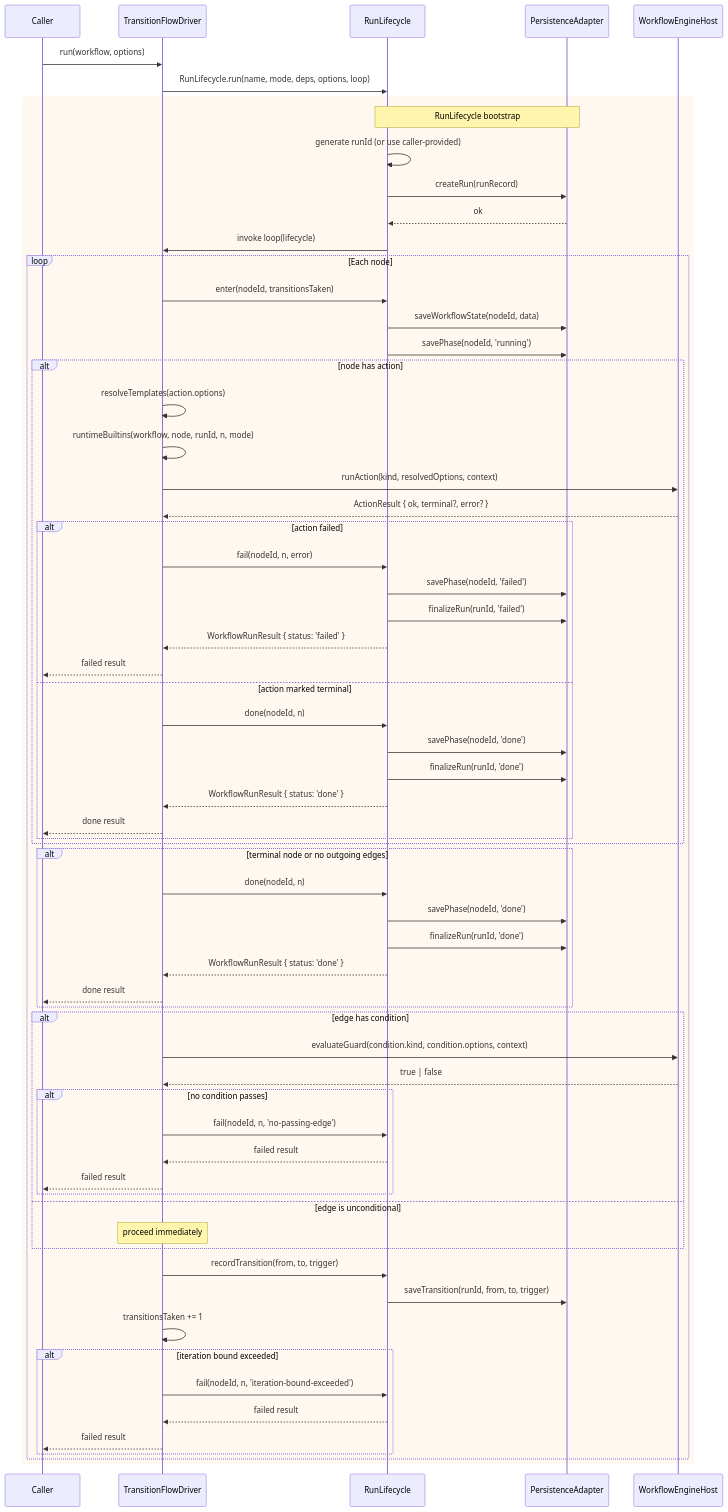
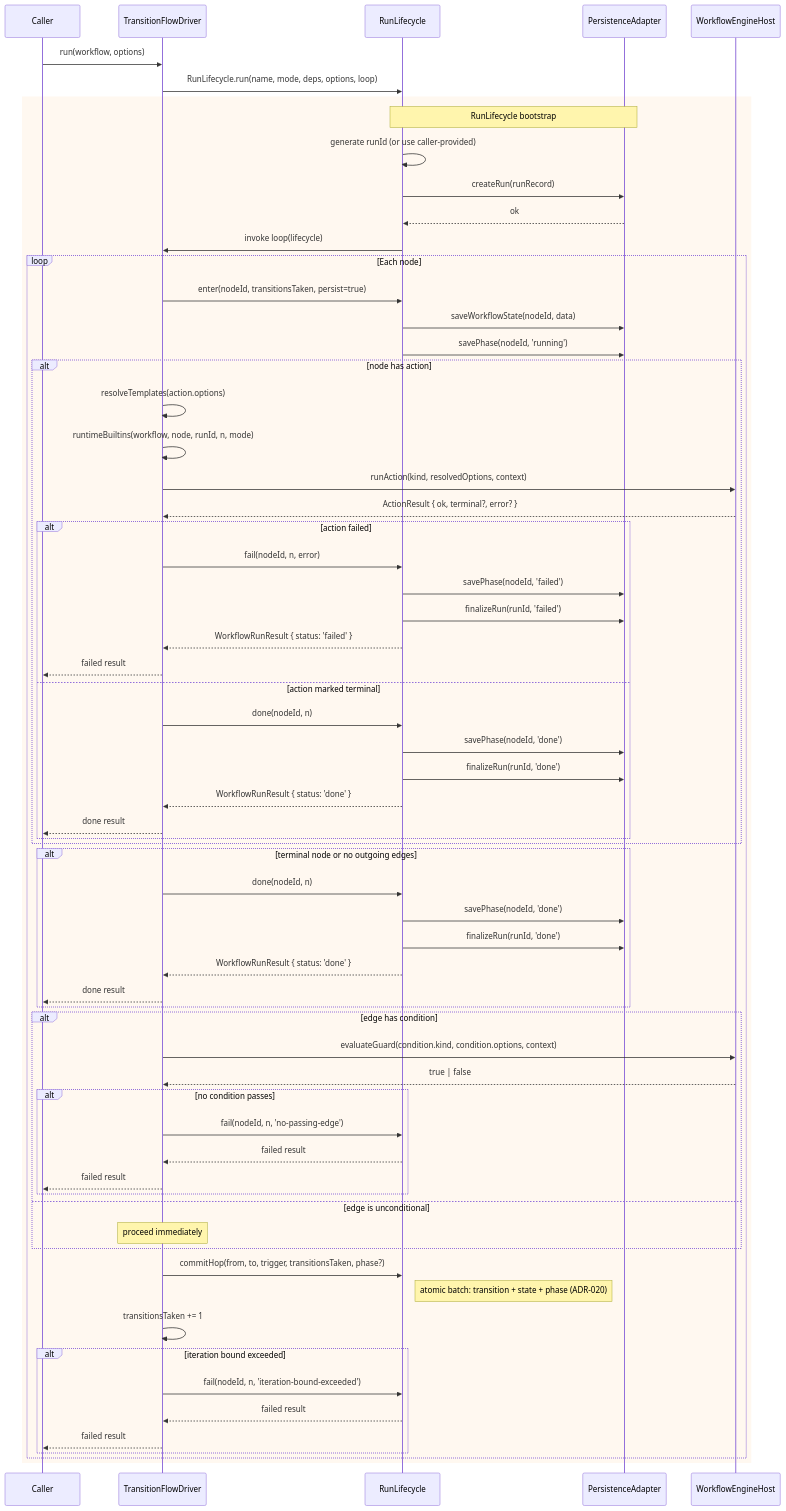
The third of 3 diagrams in packages/dual-workflow-engine/README.md (gobing-ai/ts-libs), drawn with Mermaid before and after one commit. The commit also changed other lines of this file and 28 other files, not shown here.

First line of the commit message:
feat: atomic workflow commit, streaming JSONL importer, symlink-safe extension confinement

````diff
--- a/packages/dual-workflow-engine/README.md
+++ b/packages/dual-workflow-engine/README.md
@@ -293,75 +293,75 @@
 ```mermaid
 sequenceDiagram
     participant Caller
     participant TF as TransitionFlowDriver
     participant RL as RunLifecycle
     participant P as PersistenceAdapter
     participant H as WorkflowEngineHost
 
     Caller->>TF: run(workflow, options)
     TF->>RL: RunLifecycle.run(name, mode, deps, options, loop)
 
     rect rgb(255, 248, 240)
         Note over RL,P: RunLifecycle bootstrap
         RL->>RL: generate runId (or use caller-provided)
         RL->>P: createRun(runRecord)
         P-->>RL: ok
         RL->>TF: invoke loop(lifecycle)
 
         loop Each node
-            TF->>RL: enter(nodeId, transitionsTaken)
+            TF->>RL: enter(nodeId, transitionsTaken, persist=true)
             RL->>P: saveWorkflowState(nodeId, data)
             RL->>P: savePhase(nodeId, 'running')
 
             alt node has action
                 TF->>TF: resolveTemplates(action.options)
                 TF->>TF: runtimeBuiltins(workflow, node, runId, n, mode)
                 TF->>H: runAction(kind, resolvedOptions, context)
                 H-->>TF: ActionResult { ok, terminal?, error? }
                 alt action failed
                     TF->>RL: fail(nodeId, n, error)
                     RL->>P: savePhase(nodeId, 'failed')
                     RL->>P: finalizeRun(runId, 'failed')
                     RL-->>TF: WorkflowRunResult { status: 'failed' }
                     TF-->>Caller: failed result
                 else action marked terminal
                     TF->>RL: done(nodeId, n)
                     RL->>P: savePhase(nodeId, 'done')
                     RL->>P: finalizeRun(runId, 'done')
                     RL-->>TF: WorkflowRunResult { status: 'done' }
                     TF-->>Caller: done result
                 end
             end
 
             alt terminal node or no outgoing edges
                 TF->>RL: done(nodeId, n)
                 RL->>P: savePhase(nodeId, 'done')
                 RL->>P: finalizeRun(runId, 'done')
                 RL-->>TF: WorkflowRunResult { status: 'done' }
                 TF-->>Caller: done result
             end
 
             alt edge has condition
                 TF->>H: evaluateGuard(condition.kind, condition.options, context)
                 H-->>TF: true | false
                 alt no condition passes
                     TF->>RL: fail(nodeId, n, 'no-passing-edge')
                     RL-->>TF: failed result
                     TF-->>Caller: failed result
                 end
             else edge is unconditional
                 Note over TF: proceed immediately
             end
 
-            TF->>RL: recordTransition(from, to, trigger)
-            RL->>P: saveTransition(runId, from, to, trigger)
+            TF->>RL: commitHop(from, to, trigger, transitionsTaken, phase?)
+            Note right of RL: atomic batch: transition + state + phase (ADR-020)
             TF->>TF: transitionsTaken += 1
 
             alt iteration bound exceeded
                 TF->>RL: fail(nodeId, n, 'iteration-bound-exceeded')
                 RL-->>TF: failed result
                 TF-->>Caller: failed result
             end
         end
     end
 ```
````
